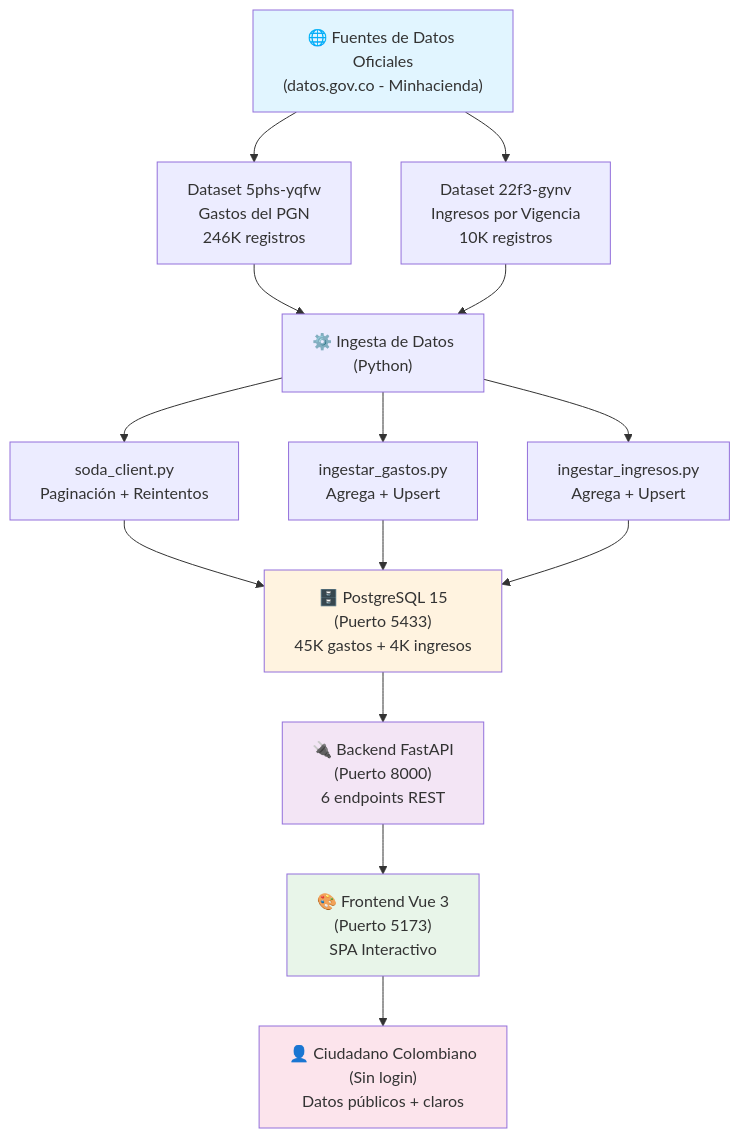
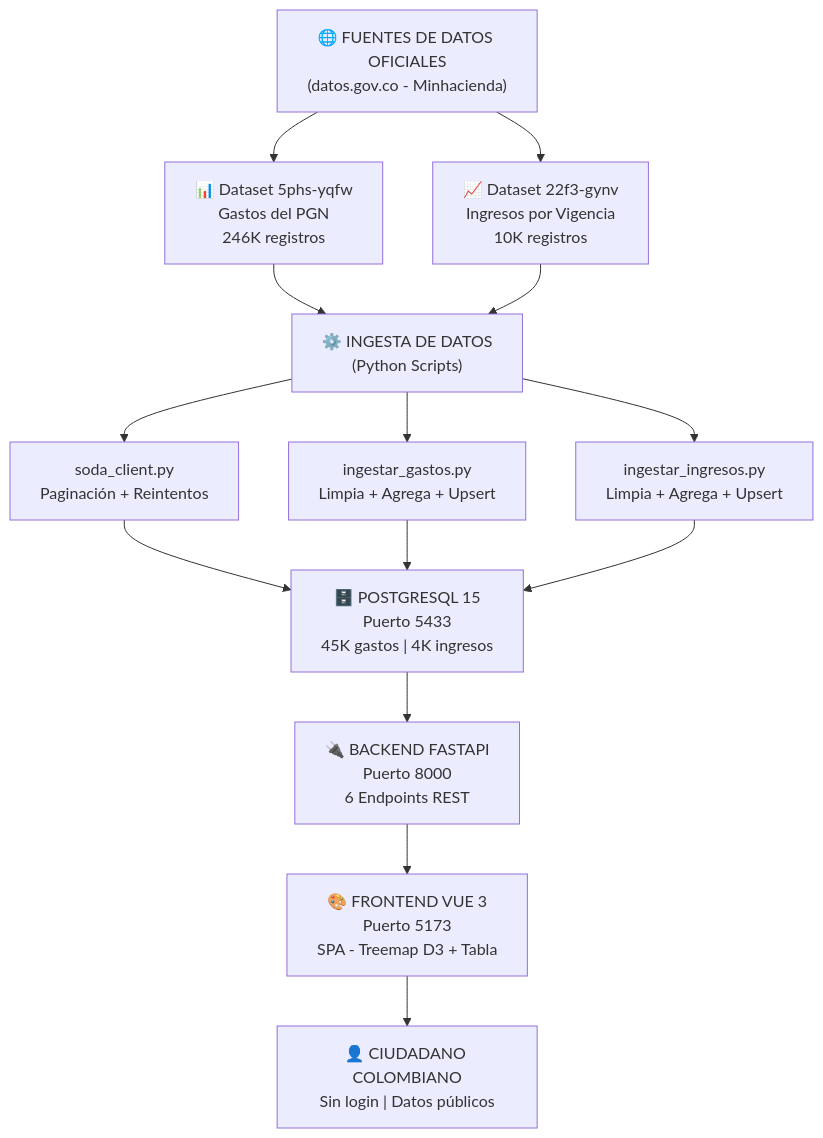
Before and after one commit to Bayonati/PoliTracker: the first of 6 diagrams in ARQUITECTURA.md, drawn with Mermaid. The commit also changed other lines of this file, not shown here.

First line of the commit message:
fix: Mejorar diagrama Mermaid - sin estilos CSS

````diff
--- a/ARQUITECTURA.md
+++ b/ARQUITECTURA.md
@@ -5,40 +5,34 @@
 ```mermaid
 graph TD
-    A["🌐 Fuentes de Datos Oficiales<br/>(datos.gov.co - Minhacienda)"]
+    A["🌐 FUENTES DE DATOS OFICIALES<br/>(datos.gov.co - Minhacienda)"]
     
-    A1["Dataset 5phs-yqfw<br/>Gastos del PGN<br/>246K registros"]
-    A2["Dataset 22f3-gynv<br/>Ingresos por Vigencia<br/>10K registros"]
+    A1["📊 Dataset 5phs-yqfw<br/>Gastos del PGN<br/>246K registros"]
+    A2["📈 Dataset 22f3-gynv<br/>Ingresos por Vigencia<br/>10K registros"]
     
-    B["⚙️ Ingesta de Datos<br/>(Python)"]
+    B["⚙️ INGESTA DE DATOS<br/>(Python Scripts)"]
     B1["soda_client.py<br/>Paginación + Reintentos"]
-    B2["ingestar_gastos.py<br/>Agrega + Upsert"]
-    B3["ingestar_ingresos.py<br/>Agrega + Upsert"]
+    B2["ingestar_gastos.py<br/>Limpia + Agrega + Upsert"]
+    B3["ingestar_ingresos.py<br/>Limpia + Agrega + Upsert"]
     
-    C["🗄️ PostgreSQL 15<br/>(Puerto 5433)<br/>45K gastos + 4K ingresos"]
+    C["🗄️ POSTGRESQL 15<br/>Puerto 5433<br/>45K gastos | 4K ingresos"]
     
-    D["🔌 Backend FastAPI<br/>(Puerto 8000)<br/>6 endpoints REST"]
+    D["🔌 BACKEND FASTAPI<br/>Puerto 8000<br/>6 Endpoints REST"]
     
-    E["🎨 Frontend Vue 3<br/>(Puerto 5173)<br/>SPA Interactivo"]
+    E["🎨 FRONTEND VUE 3<br/>Puerto 5173<br/>SPA - Treemap D3 + Tabla"]
     
-    F["👤 Ciudadano Colombiano<br/>(Sin login)<br/>Datos públicos + claros"]
+    F["👤 CIUDADANO COLOMBIANO<br/>Sin login | Datos públicos"]
     
     A --> A1
     A --> A2
     A1 --> B
     A2 --> B
     B --> B1
     B --> B2
     B --> B3
     B1 --> C
     B2 --> C
     B3 --> C
     C --> D
     D --> E
     E --> F
-    
-    style A fill:#e1f5ff
-    style C fill:#fff3e0
-    style D fill:#f3e5f5
-    style E fill:#e8f5e9
-    style F fill:#fce4ec
 ```
````
